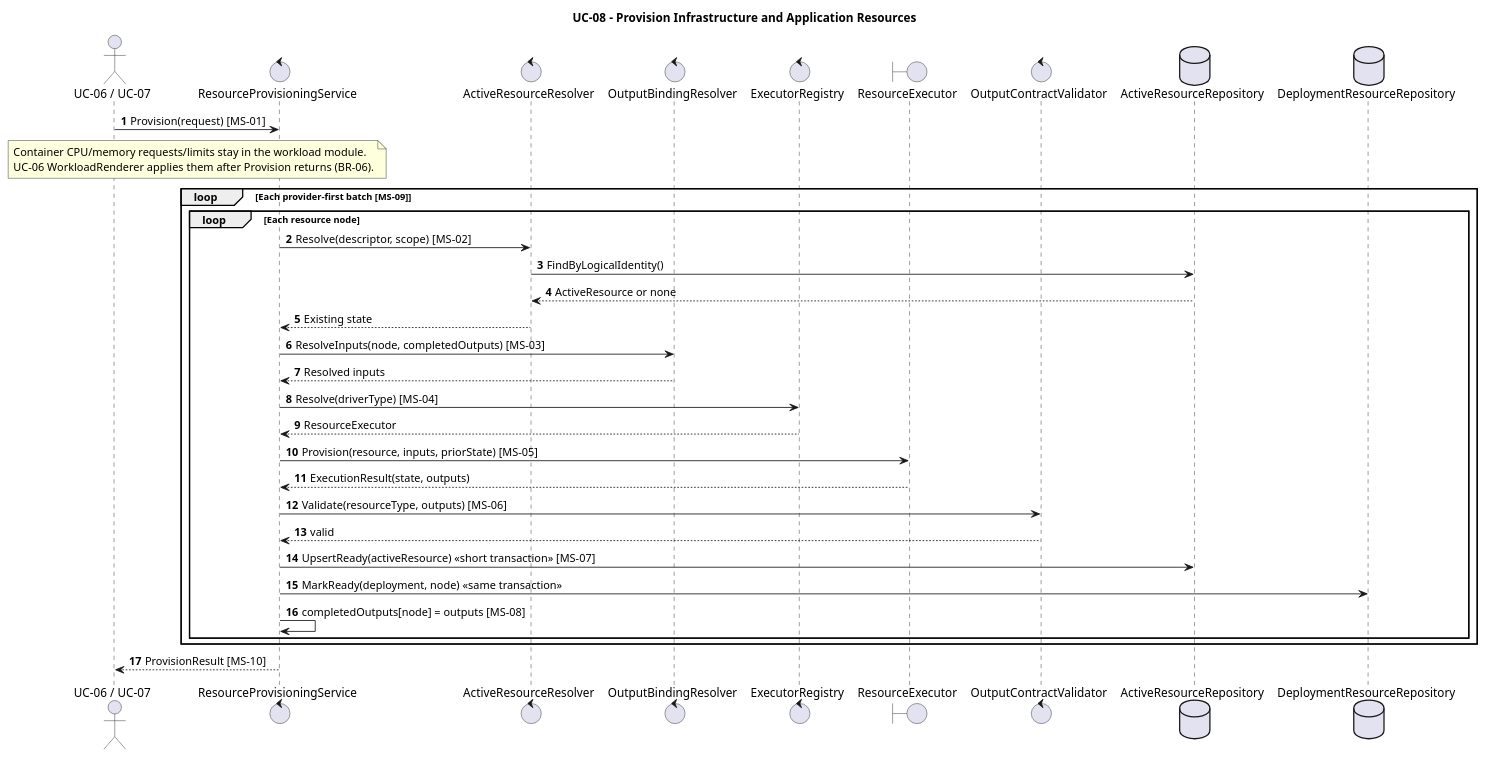
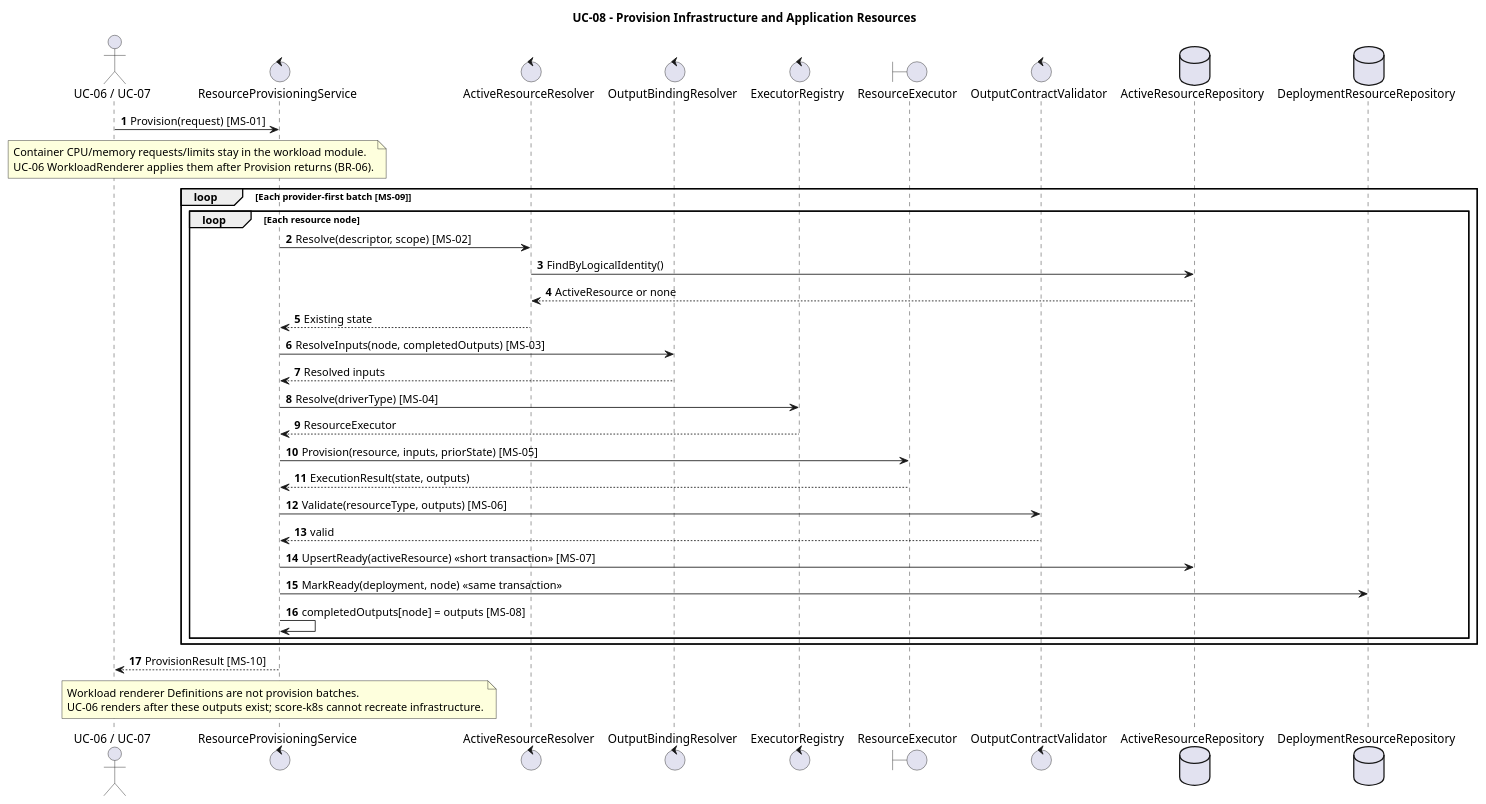
Before and after one commit to pr3s3nt/poc: the diagram in orchestrator_docs/usecase/UC-08/sequence.puml, drawn with PlantUML. The commit also changed 80 other files, not shown here.

Commit message:
feat: integrate definition-selected score-k8s workload rendering

```diff
--- a/orchestrator_docs/usecase/UC-08/sequence.puml
+++ b/orchestrator_docs/usecase/UC-08/sequence.puml
@@ -1,39 +1,44 @@
 @startuml
 title UC-08 - Provision Infrastructure and Application Resources
 autonumber
 actor "UC-06 / UC-07" as Caller
 control ResourceProvisioningService as Service
 control ActiveResourceResolver as ActiveResolver
 control OutputBindingResolver as BindingResolver
 control ExecutorRegistry as Registry
 boundary ResourceExecutor as Executor
 control OutputContractValidator as Validator
 database ActiveResourceRepository as ResourceRepo
 database DeploymentResourceRepository as DeploymentResourceRepo
 
 Caller -> Service: Provision(request) [MS-01]
 note over Caller, Service
 Container CPU/memory requests/limits stay in the workload module.
 UC-06 WorkloadRenderer applies them after Provision returns (BR-06).
 end note
 loop Each provider-first batch [MS-09]
   loop Each resource node
     Service -> ActiveResolver: Resolve(descriptor, scope) [MS-02]
     ActiveResolver -> ResourceRepo: FindByLogicalIdentity()
     ResourceRepo --> ActiveResolver: ActiveResource or none
     ActiveResolver --> Service: Existing state
     Service -> BindingResolver: ResolveInputs(node, completedOutputs) [MS-03]
     BindingResolver --> Service: Resolved inputs
     Service -> Registry: Resolve(driverType) [MS-04]
     Registry --> Service: ResourceExecutor
     Service -> Executor: Provision(resource, inputs, priorState) [MS-05]
     Executor --> Service: ExecutionResult(state, outputs)
     Service -> Validator: Validate(resourceType, outputs) [MS-06]
     Validator --> Service: valid
     Service -> ResourceRepo: UpsertReady(activeResource) <<short transaction>> [MS-07]
     Service -> DeploymentResourceRepo: MarkReady(deployment, node) <<same transaction>>
     Service -> Service: completedOutputs[node] = outputs [MS-08]
   end
 end
 Service --> Caller: ProvisionResult [MS-10]
+
+note over Service
+Workload renderer Definitions are not provision batches.
+UC-06 renders after these outputs exist; score-k8s cannot recreate infrastructure.
+end note
 @enduml
```
